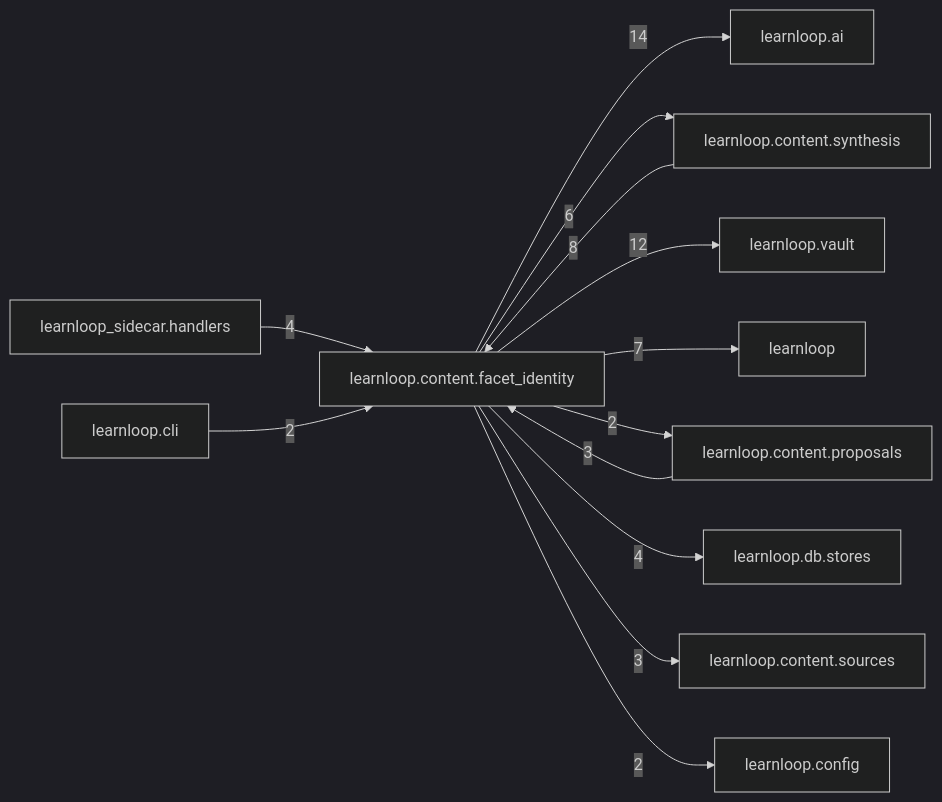
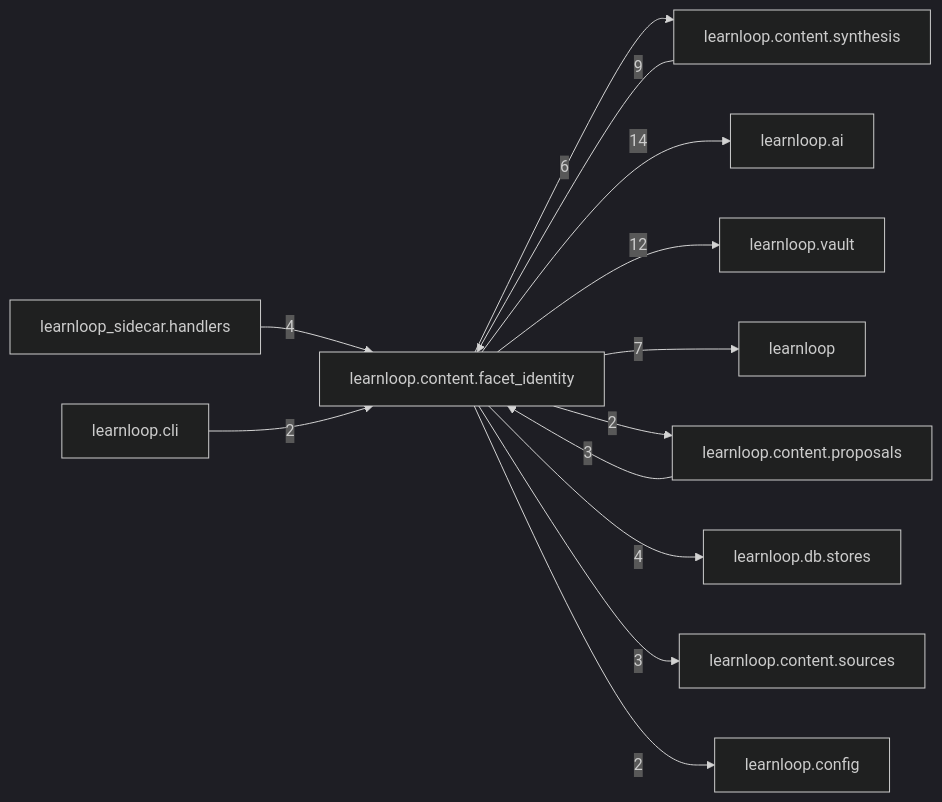
One commit to 6up-b/learnanything changed the diagram in docs/learnloop-architecture-vault/Reference/Modules/learnloop/content/facet_identity/_package.md. Above: the diagram before and after it, drawn with Mermaid (dark theme). The commit also changed other lines of this file and 24 other files, not shown here.

````diff
--- a/docs/learnloop-architecture-vault/Reference/Modules/learnloop/content/facet_identity/_package.md
+++ b/docs/learnloop-architecture-vault/Reference/Modules/learnloop/content/facet_identity/_package.md
@@ -95,26 +95,26 @@
 ```mermaid
 flowchart LR
     center["learnloop.content.facet_identity"]
+    n_learnloop_content_synthesis["learnloop.content.synthesis"]
     n_learnloop_ai["learnloop.ai"]
-    n_learnloop_content_synthesis["learnloop.content.synthesis"]
     n_learnloop_vault["learnloop.vault"]
     n_learnloop["learnloop"]
     n_learnloop_content_proposals["learnloop.content.proposals"]
     n_learnloop_db_stores["learnloop.db.stores"]
     n_learnloop_sidecar_handlers["learnloop_sidecar.handlers"]
     n_learnloop_content_sources["learnloop.content.sources"]
     n_learnloop_cli["learnloop.cli"]
     n_learnloop_config["learnloop.config"]
+    n_learnloop_content_synthesis -->|9| center
+    center -->|6| n_learnloop_content_synthesis
     center -->|14| n_learnloop_ai
-    n_learnloop_content_synthesis -->|8| center
-    center -->|6| n_learnloop_content_synthesis
     center -->|12| n_learnloop_vault
     center -->|7| n_learnloop
     n_learnloop_content_proposals -->|3| center
     center -->|2| n_learnloop_content_proposals
     center -->|4| n_learnloop_db_stores
     n_learnloop_sidecar_handlers -->|4| center
     center -->|3| n_learnloop_content_sources
     n_learnloop_cli -->|2| center
     center -->|2| n_learnloop_config
 ```
````
